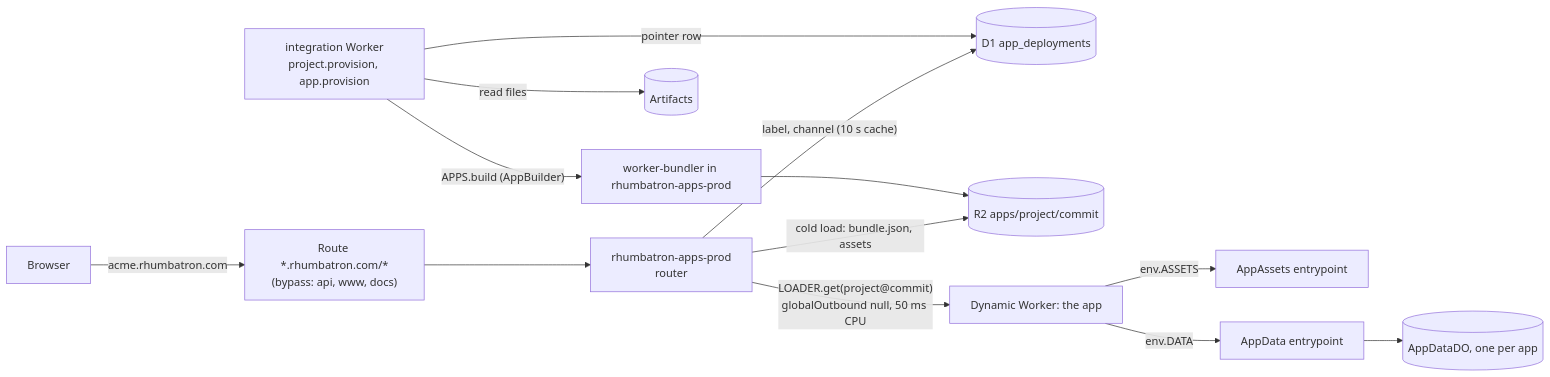
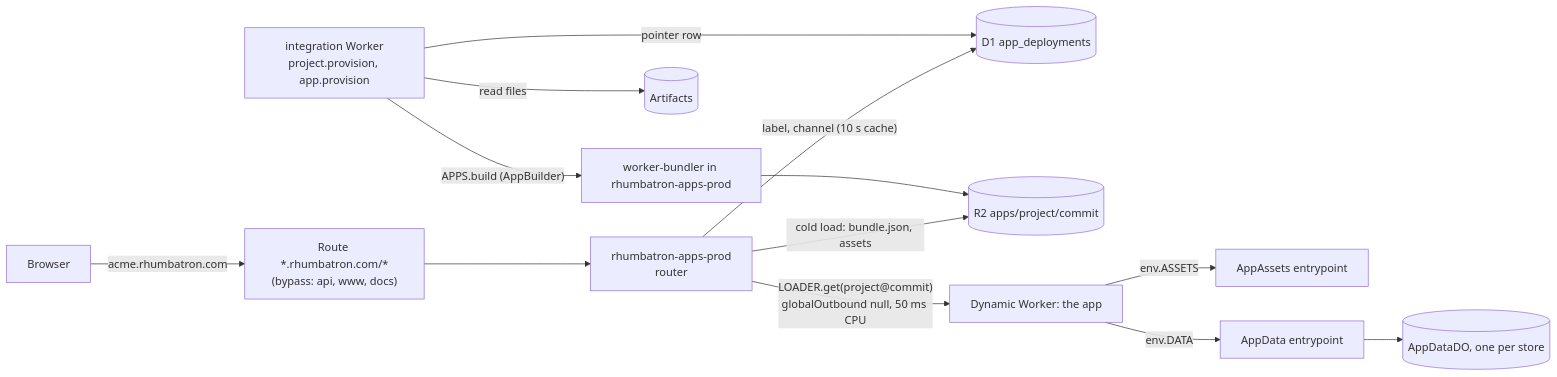
One commit to nsudhanva/rhumbatron changed the second of 2 diagrams in docs/adr/0020-live-apps-dynamic-workers.md. Above: the diagram before and after it, drawn with Mermaid. The commit also changed other lines of this file and 47 other files, not shown here.

````diff
--- a/docs/adr/0020-live-apps-dynamic-workers.md
+++ b/docs/adr/0020-live-apps-dynamic-workers.md
@@ -277,14 +309,14 @@
 ```mermaid
 flowchart LR
   user["Browser"] -->|"acme.rhumbatron.com"| route["Route *.rhumbatron.com/*<br/>(bypass: api, www, docs)"]
   route --> router["rhumbatron-apps-prod<br/>router"]
   router -->|"label, channel (10 s cache)"| d1[("D1 app_deployments")]
   router -->|"cold load: bundle.json, assets"| r2[("R2 apps/project/commit")]
   router -->|"LOADER.get(project@commit)<br/>globalOutbound null, 50 ms CPU"| app["Dynamic Worker: the app"]
   app -->|"env.ASSETS"| assets["AppAssets entrypoint"]
-  app -->|"env.DATA"| data["AppData entrypoint"] --> ado[("AppDataDO, one per app")]
+  app -->|"env.DATA"| data["AppData entrypoint"] --> ado[("AppDataDO, one per store")]
   integ["integration Worker<br/>project.provision, app.provision"] -->|"read files"| art[("Artifacts")]
   integ -->|"APPS.build (AppBuilder)"| builder["worker-bundler in rhumbatron-apps-prod"]
   builder --> r2
   integ -->|"pointer row"| d1
 ```
````
